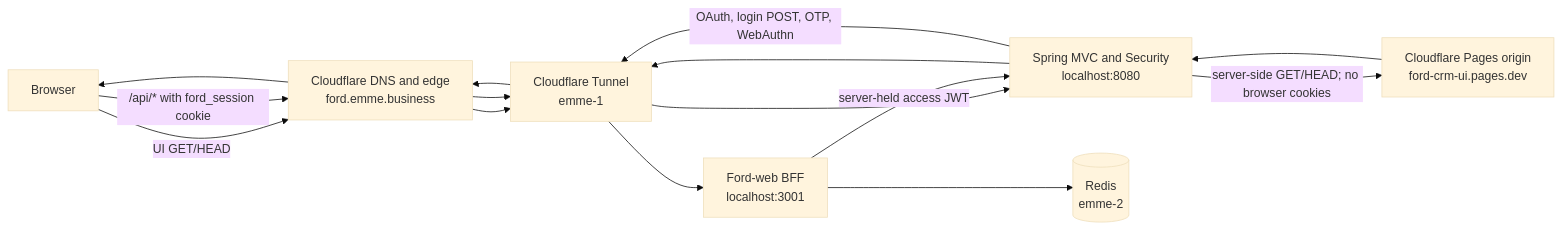
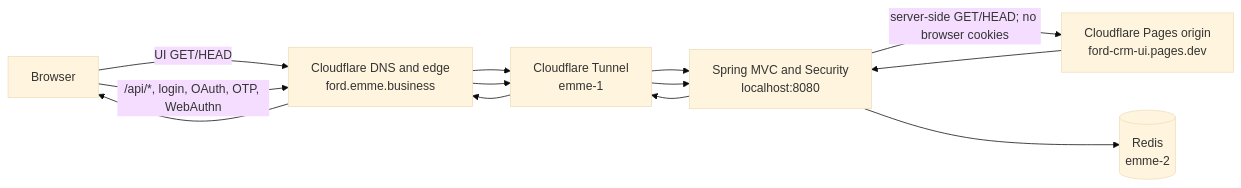
One commit to migangdelzar/Ford-web changed the diagram in docs/architecture/ford-pages-bff-routing.md. Above: the diagram before and after it, drawn with Mermaid (base theme). The commit also changed other lines of this file and 10 other files, not shown here.

````diff
--- a/docs/architecture/ford-pages-bff-routing.md
+++ b/docs/architecture/ford-pages-bff-routing.md
@@ -11,18 +11,15 @@
 ```mermaid
 flowchart LR
     U[Browser]
     D[Cloudflare DNS and edge<br/>ford.emme.business]
     T[Cloudflare Tunnel<br/>emme-1]
-    BFF[Ford-web BFF<br/>localhost:3001]
     S[Spring MVC and Security<br/>localhost:8080]
     P[Cloudflare Pages origin<br/>ford-crm-ui.pages.dev]
     R[(Redis<br/>emme-2)]
 
     U -->|UI GET/HEAD| D --> T --> S
     S -->|server-side GET/HEAD; no browser cookies| P
     P --> S --> T --> D --> U
-    U -->|/api/* with ford_session cookie| D --> T --> BFF
-    BFF -->|server-held access JWT| S
-    BFF --> R
-    S -->|OAuth, login POST, OTP, WebAuthn| T
+    U -->|/api/*, login, OAuth, OTP, WebAuthn| D --> T --> S
+    S --> R
 ```
````
